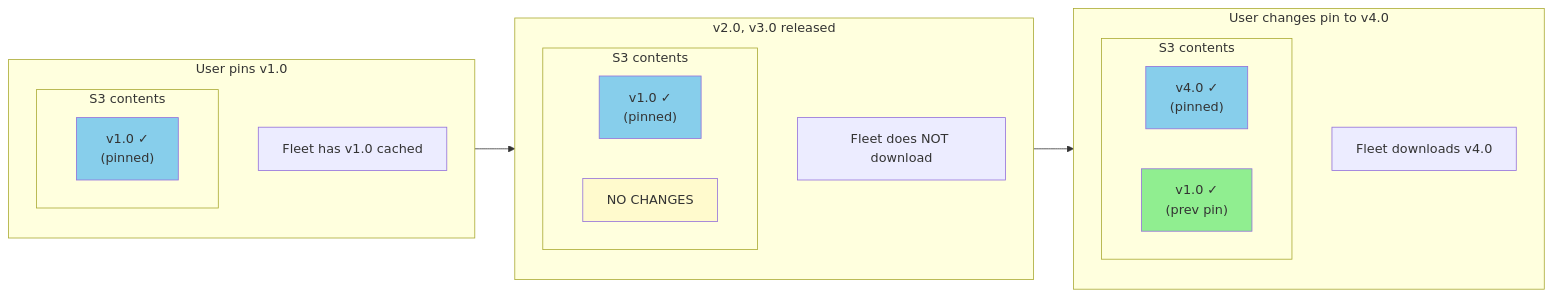
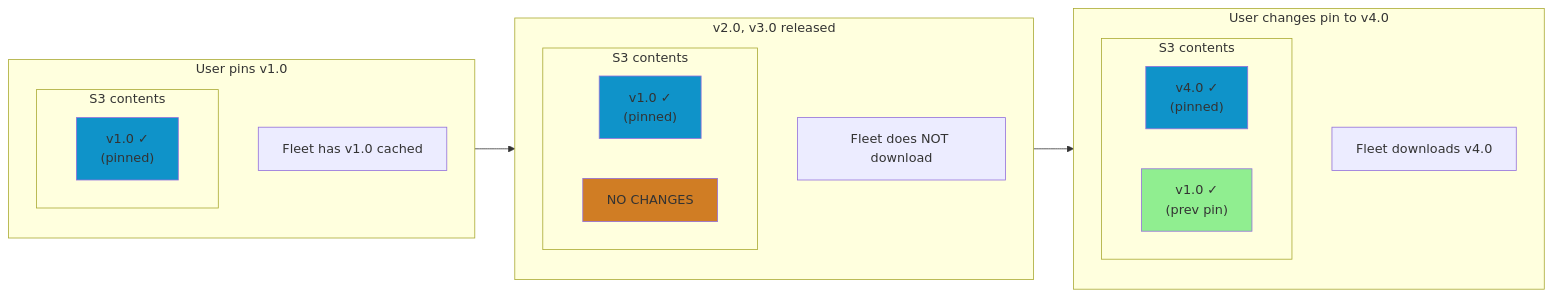
One commit to fleetdm/fleet changed the second of 4 diagrams in docs/Contributing/product-groups/software/rollback-fleet-maintained-app-version.md. Above: the diagram before and after it, drawn with Mermaid. The commit also changed other lines of this file, not shown here.

Commit message:
update diagram colors

````diff
--- a/docs/Contributing/product-groups/software/rollback-fleet-maintained-app-version.md
+++ b/docs/Contributing/product-groups/software/rollback-fleet-maintained-app-version.md
@@ -62,36 +62,36 @@
 ```mermaid
 flowchart LR
     subgraph T1["User pins v1.0"]
         direction TB
         S1_title["Fleet has v1.0 cached"]
         subgraph S1["S3 contents"]
             S1_v1["v1.0 ✓<br/>(pinned)"]
         end
     end
 
     subgraph T2["v2.0, v3.0 released"]
         direction TB
         S2_title["Fleet does NOT download"]
         subgraph S2["S3 contents"]
             S2_v1["v1.0 ✓<br/>(pinned)"]
             S2_note["NO CHANGES"]
         end
     end
 
     subgraph T3["User changes pin to v4.0"]
         direction TB
         S3_title["Fleet downloads v4.0"]
         subgraph S3["S3 contents"]
             S3_v4["v4.0 ✓<br/>(pinned)"]
             S3_v1["v1.0 ✓<br/>(prev pin)"]
         end
     end
 
     T1 --> T2 --> T3
 
-    style S1_v1 fill:#87CEEB
-    style S2_v1 fill:#87CEEB
-    style S2_note fill:#FFFACD
-    style S3_v4 fill:#87CEEB
+    style S1_v1 fill:#0F93C9
+    style S2_v1 fill:#0F93C9
+    style S2_note fill:#D07D24
+    style S3_v4 fill:#0F93C9
     style S3_v1 fill:#90EE90
 ```
````
